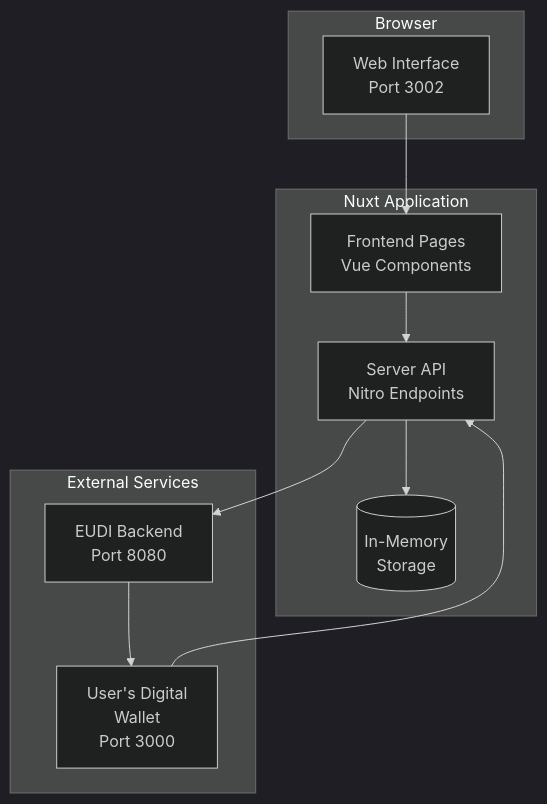
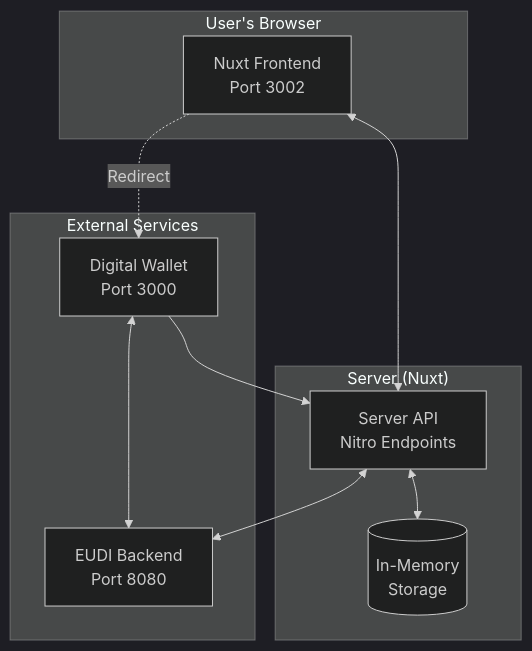
One commit to jhdigg/wallet-verifier-test-web changed the first of 2 diagrams in README.md. Above: the diagram before and after it, drawn with Mermaid (dark theme). The commit also changed other lines of this file, not shown here.

````diff
--- a/README.md
+++ b/README.md
@@ -40,24 +40,23 @@
 ```mermaid
 graph TB
-    subgraph "Browser"
-        UI[Web Interface<br/>Port 3002]
+    subgraph "User's Browser"
+        Frontend[Nuxt Frontend<br/>Port 3002]
     end
     
-    subgraph "Nuxt Application"
-        Frontend[Frontend Pages<br/>Vue Components]
+    subgraph "Server (Nuxt)"
         ServerAPI[Server API<br/>Nitro Endpoints]
         Memory[(In-Memory<br/>Storage)]
     end
     
     subgraph "External Services"
         Backend[EUDI Backend<br/>Port 8080]
-        Wallet[User's Digital<br/>Wallet<br/>Port 3000]
+        Wallet[Digital Wallet<br/>Port 3000]
     end
     
-    UI --> Frontend
-    Frontend --> ServerAPI
-    ServerAPI --> Backend
-    ServerAPI --> Memory
+    Frontend <--> ServerAPI
+    ServerAPI <--> Backend
+    ServerAPI <--> Memory
     Wallet --> ServerAPI
-    Backend --> Wallet
+    Wallet <--> Backend
+    Frontend -.->|Redirect| Wallet
 ```
````
